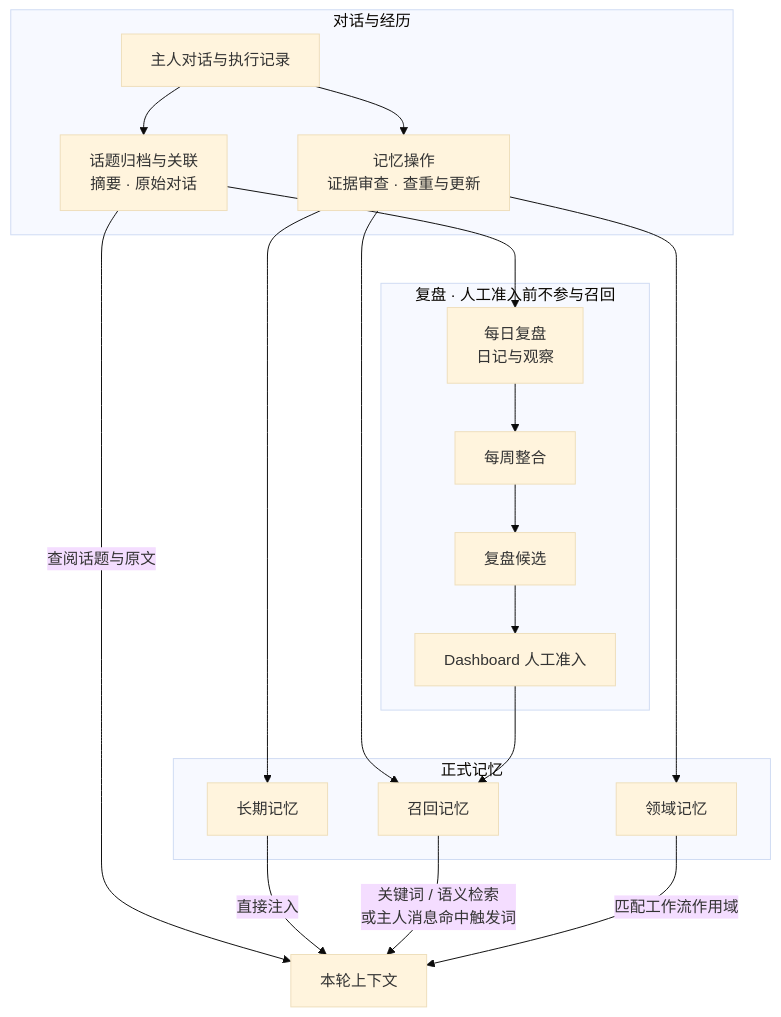
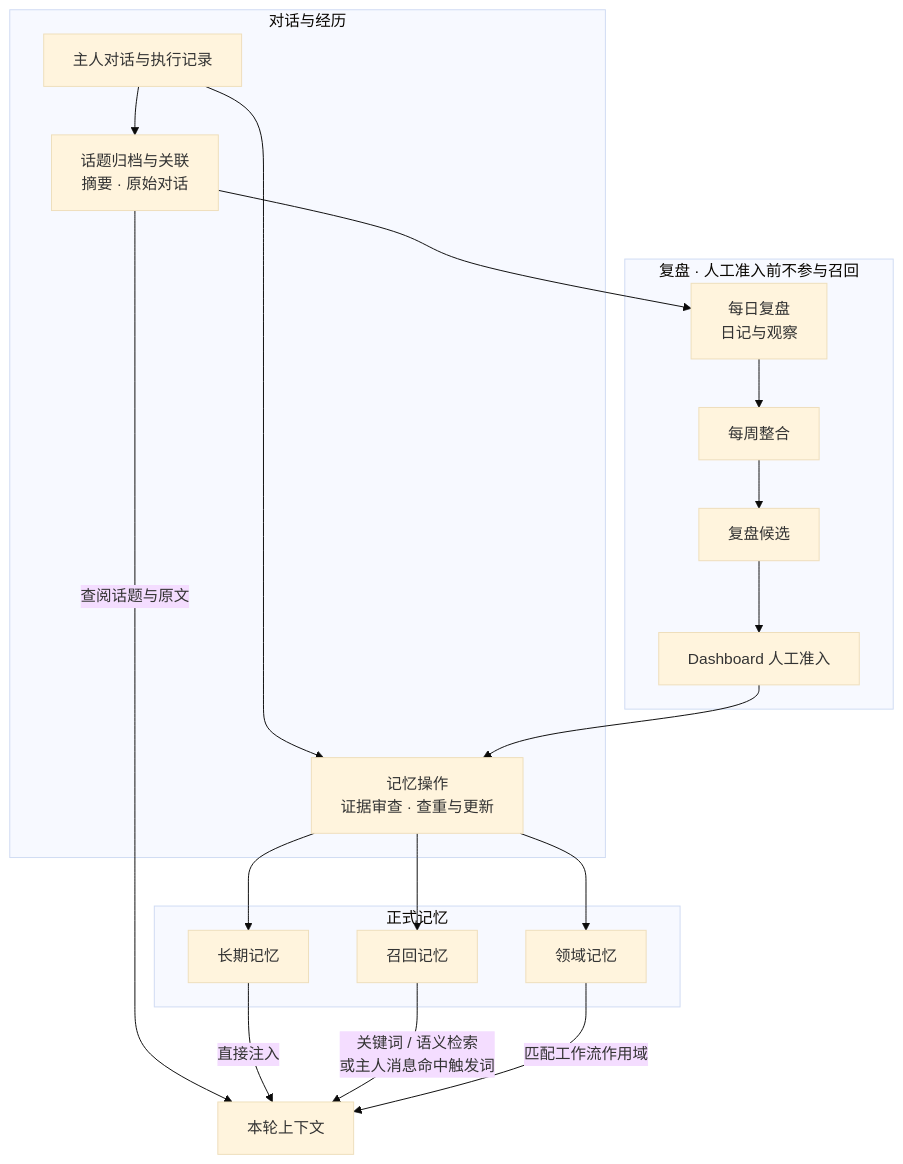
One commit to RicterZ/Momoi changed the second of 2 diagrams in README.zh-CN.md. Above: the diagram before and after it, drawn with Mermaid (base theme). The commit also changed other lines of this file and 10 other files, not shown here.

````diff
--- a/README.zh-CN.md
+++ b/README.zh-CN.md
@@ -140,29 +140,29 @@
 ```mermaid
 flowchart TB
   subgraph history["对话与经历"]
     dialogue["主人对话与执行记录"] --> topics["话题归档与关联<br/>摘要 · 原始对话"]
     dialogue --> writing["记忆操作<br/>证据审查 · 查重与更新"]
   end
 
   subgraph reflection["复盘 · 人工准入前不参与召回"]
     daily["每日复盘<br/>日记与观察"] --> weekly["每周整合"]
     weekly --> candidates["复盘候选"]
     candidates --> admission["Dashboard 人工准入"]
   end
 
   subgraph memory["正式记忆"]
     core["长期记忆"]
     recall["召回记忆"]
     scoped["领域记忆"]
   end
 
   topics --> daily
   writing --> core
   writing --> recall
   writing --> scoped
-  admission --> recall
+  admission --> writing
   topics -->|"查阅话题与原文"| context["本轮上下文"]
   core -->|"直接注入"| context
   recall -->|"关键词 / 语义检索<br/>或主人消息命中触发词"| context
   scoped -->|"匹配工作流作用域"| context
 ```
````
